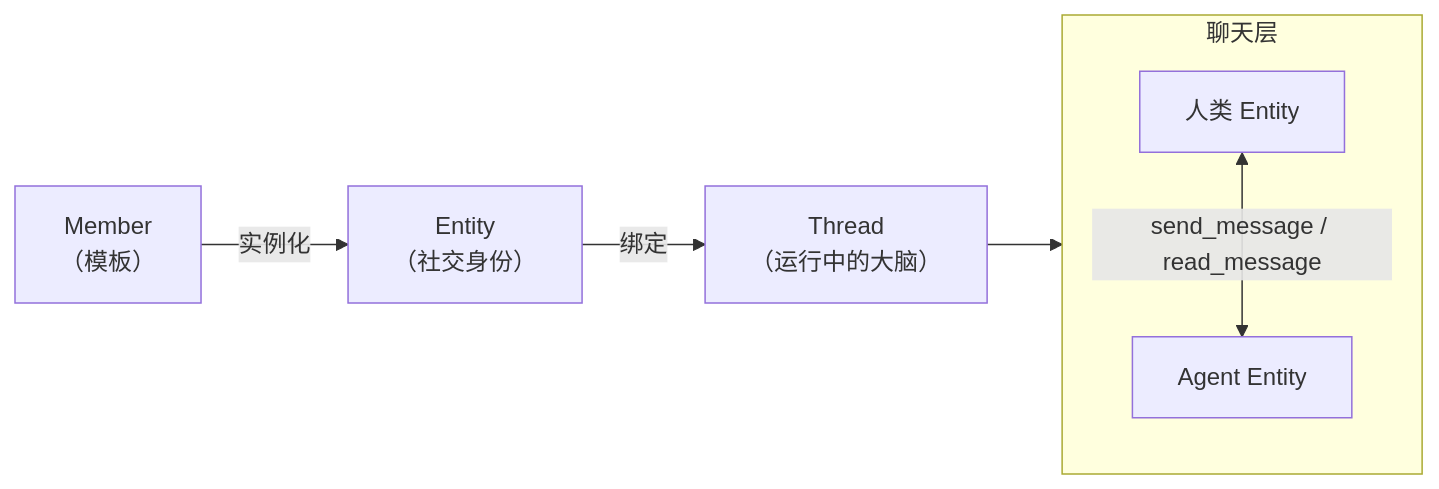
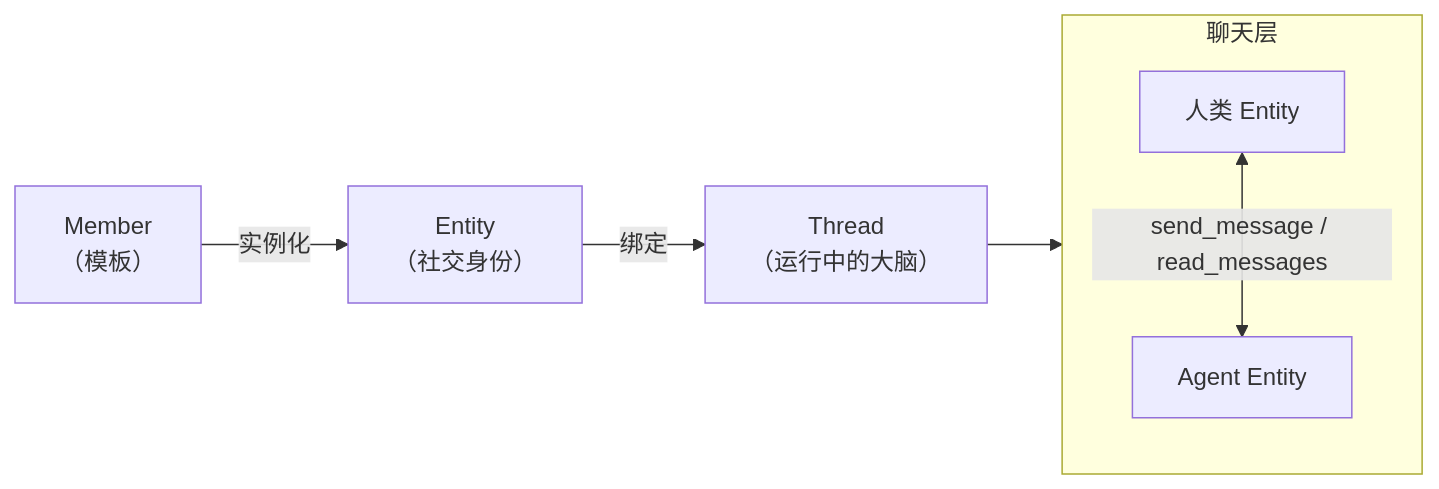
The first of 2 diagrams in docs/zh/multi-agent-chat.mdx (OpenDCAI/Mycel), drawn with Mermaid before and after one commit. The commit also changed other lines of this file and 14 other files, not shown here.

````diff
--- a/docs/zh/multi-agent-chat.mdx
+++ b/docs/zh/multi-agent-chat.mdx
@@ -13,14 +13,14 @@
 ```mermaid
 flowchart LR
     M["Member\n（模板）"] -->|实例化| E["Entity\n（社交身份）"]
     E -->|绑定| T["Thread\n（运行中的大脑）"]
 
     subgraph Chat["聊天层"]
         direction TB
         HE["人类 Entity"]
         AE["Agent Entity"]
-        HE <-->|"send_message / read_message"| AE
+        HE <-->|"send_message / read_messages"| AE
     end
 
     T --> Chat
 ```
````
